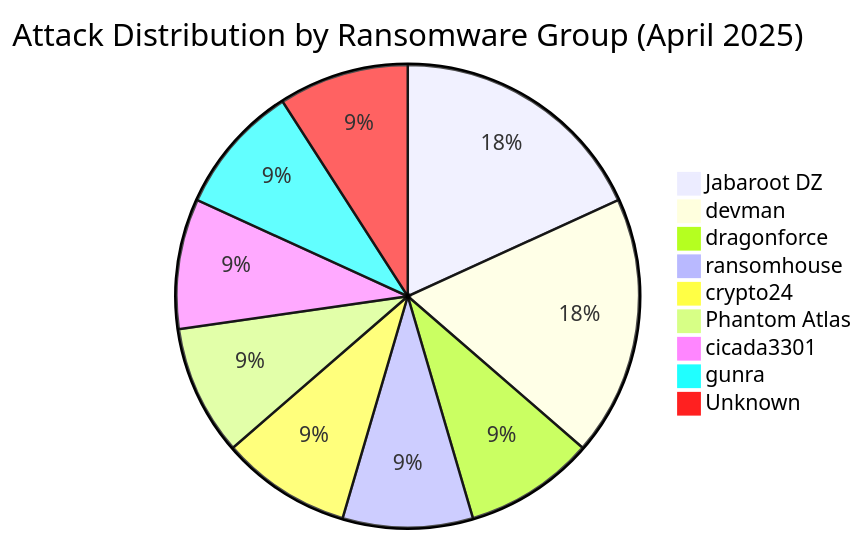
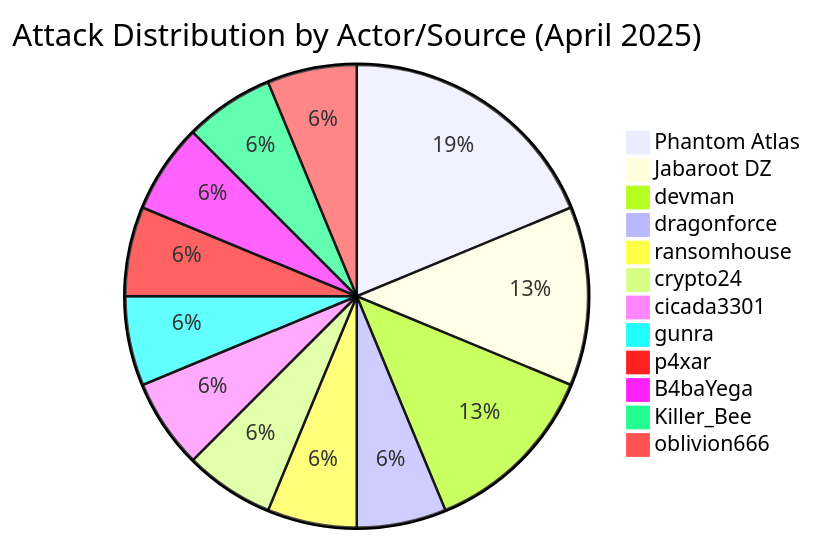
The first of 5 diagrams in CyberAttackAfrica/2025/04-april/README.md (Hatchepsoute/AFRINTEL), drawn with Mermaid before and after one commit. The commit also changed other lines of this file and 255 other files, not shown here.

````diff
--- a/CyberAttackAfrica/2025/04-april/README.md
+++ b/CyberAttackAfrica/2025/04-april/README.md
@@ -35,12 +38,15 @@
 ```mermaid
-pie title Attack Distribution by Ransomware Group (April 2025)
+pie title Attack Distribution by Actor/Source (April 2025)
+    "Phantom Atlas" : 3
     "Jabaroot DZ" : 2
     "devman" : 2
     "dragonforce" : 1
     "ransomhouse" : 1
     "crypto24" : 1
-    "Phantom Atlas" : 1
     "cicada3301" : 1
     "gunra" : 1
-    "Unknown" : 1
+    "p4xar" : 1
+    "B4baYega" : 1
+    "Killer_Bee" : 1
+    "oblivion666" : 1
 ```
````
